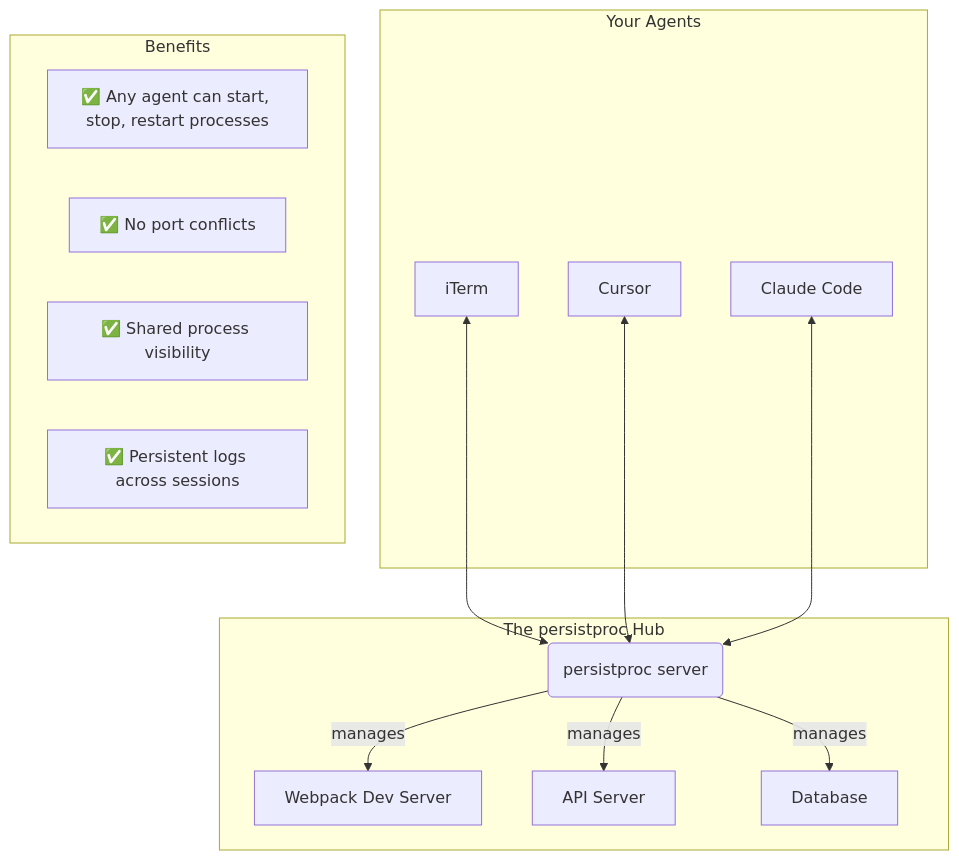
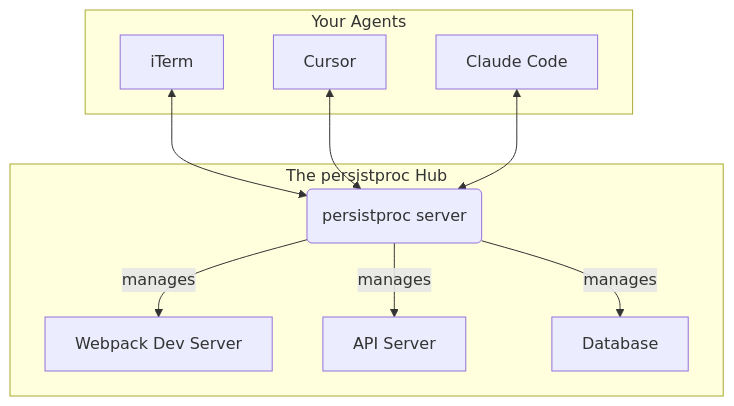
Before and after one commit to irskep/persistproc: the second of 2 diagrams in docs/index.md, drawn with Mermaid. The commit also changed other lines of this file and 4 other files, not shown here.

````diff
--- a/docs/index.md
+++ b/docs/index.md
@@ -35,29 +36,22 @@
-    ```mermaid
-    graph TD
-        subgraph "Your Agents"
-            A[iTerm];
-            B[Cursor];
-            C[Claude Code];
-        end
+```mermaid
+graph TD
+    subgraph "Your Agents"
+        A[iTerm];
+        B[Cursor];
+        C[Claude Code];
+    end
 
-        subgraph "The persistproc Hub"
-            Hub(persistproc server);
-            P1[Webpack Dev Server];
-            P2[API Server];
-            P3[Database];
-            Hub -- manages --> P1;
-            Hub -- manages --> P2;
-            Hub -- manages --> P3;
-        end
-        
-        A <--> Hub;
-        B <--> Hub;
-        C <--> Hub;
-
-        subgraph "Benefits"
-            R1["✅ Any agent can start, stop, restart processes"]
-            R2["✅ No port conflicts"]
-            R3["✅ Shared process visibility"]
-            R4["✅ Persistent logs across sessions"]
-        end
-    ```
+    subgraph "The persistproc Hub"
+        Hub(persistproc server);
+        P1[Webpack Dev Server];
+        P2[API Server];
+        P3[Database];
+        Hub -- manages --> P1;
+        Hub -- manages --> P2;
+        Hub -- manages --> P3;
+    end
+    
+    A <--> Hub;
+    B <--> Hub;
+    C <--> Hub;
+```
````
